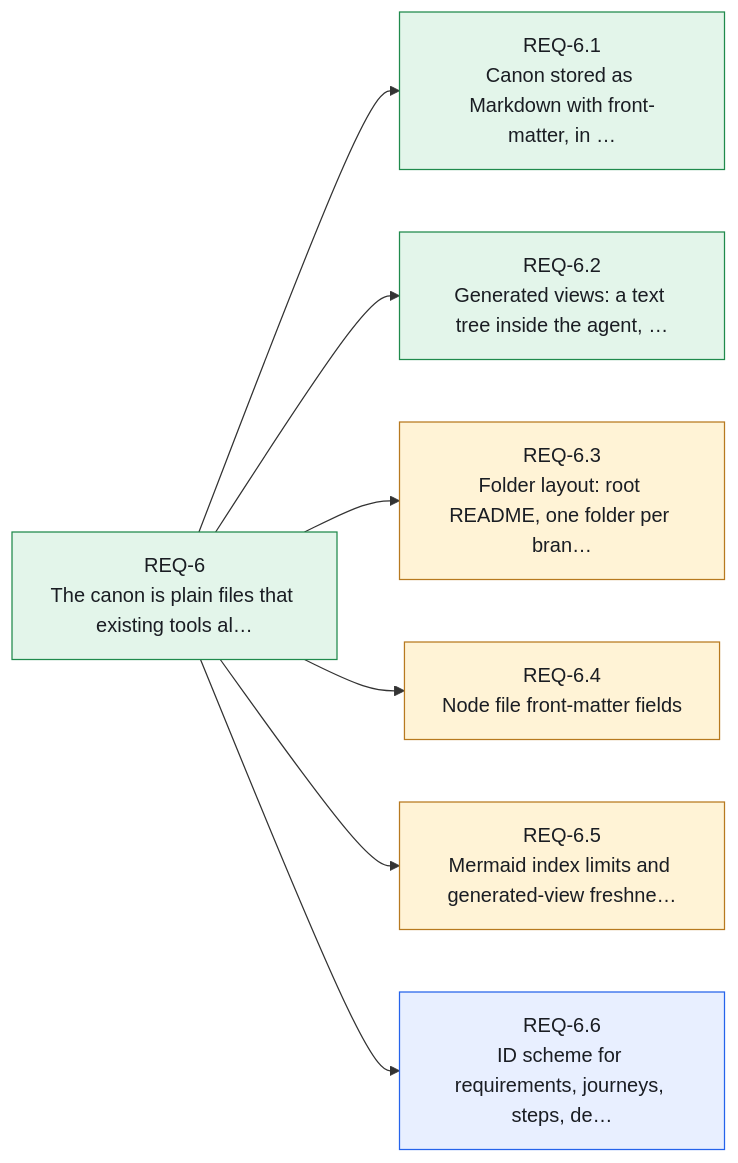
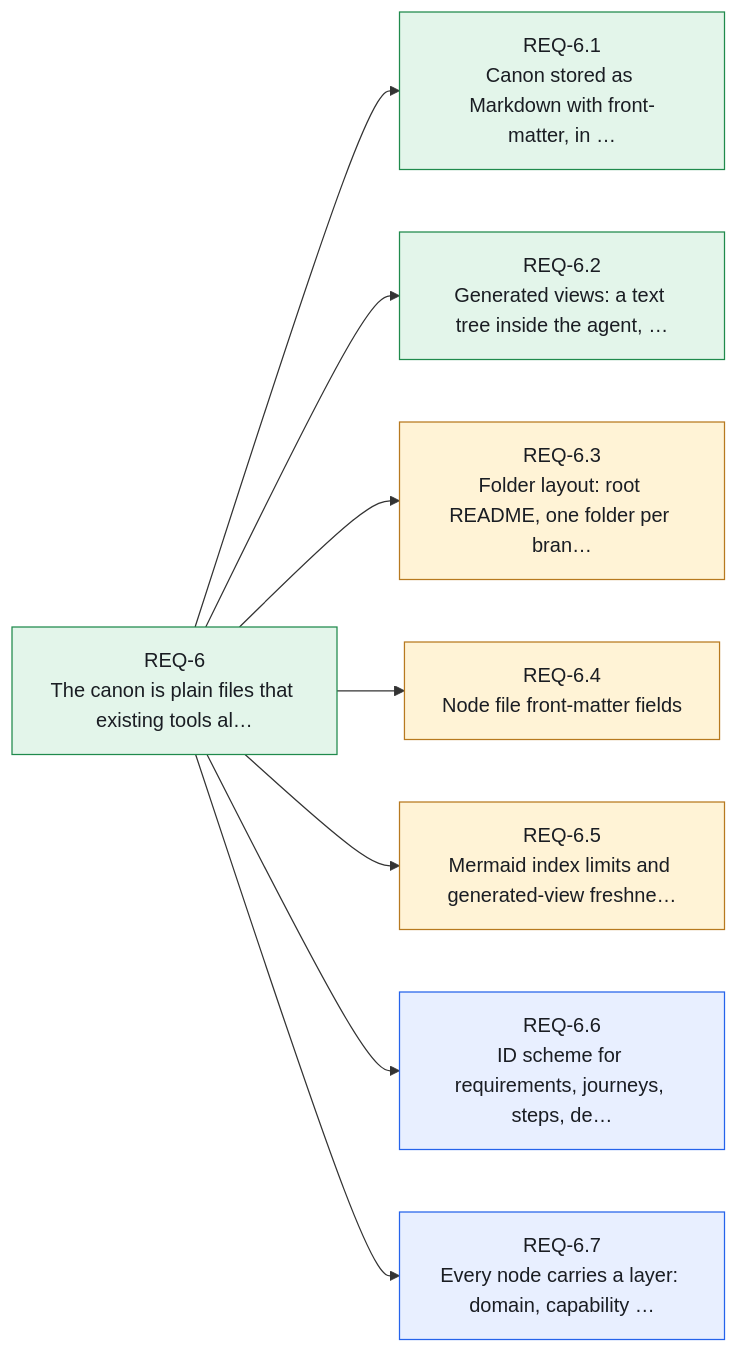
The seventh of 14 diagrams in canon/INDEX.md (Althis/headcanon), drawn with Mermaid before and after one commit. The commit also changed other lines of this file and 27 other files, not shown here.

````diff
--- a/canon/INDEX.md
+++ b/canon/INDEX.md
@@ -349,21 +351,23 @@
 ```mermaid
 flowchart LR
     REQ_6["REQ-6<br/>The canon is plain files that existing tools al…"]:::stated
     REQ_6_1["REQ-6.1<br/>Canon stored as Markdown with front-matter, in …"]:::stated
     REQ_6_2["REQ-6.2<br/>Generated views: a text tree inside the agent, …"]:::stated
     REQ_6_3["REQ-6.3<br/>Folder layout: root README, one folder per bran…"]:::assumed
     REQ_6_4["REQ-6.4<br/>Node file front-matter fields"]:::assumed
     REQ_6_5["REQ-6.5<br/>Mermaid index limits and generated-view freshne…"]:::assumed
     REQ_6_6["REQ-6.6<br/>ID scheme for requirements, journeys, steps, de…"]:::resolved
+    REQ_6_7["REQ-6.7<br/>Every node carries a layer: domain, capability …"]:::resolved
     REQ_6 --> REQ_6_1
     REQ_6 --> REQ_6_2
     REQ_6 --> REQ_6_3
     REQ_6 --> REQ_6_4
     REQ_6 --> REQ_6_5
     REQ_6 --> REQ_6_6
+    REQ_6 --> REQ_6_7
     classDef stated fill:#e3f5ea,stroke:#1f8a4c,color:#1a1d23
     classDef resolved fill:#e8efff,stroke:#2563eb,color:#1a1d23
     classDef assumed fill:#fff3d6,stroke:#b7791f,color:#1a1d23
     classDef open fill:#ece9fb,stroke:#6b5bd2,color:#1a1d23
     classDef contested fill:#fde7e8,stroke:#d13438,color:#1a1d23
 ```
````
